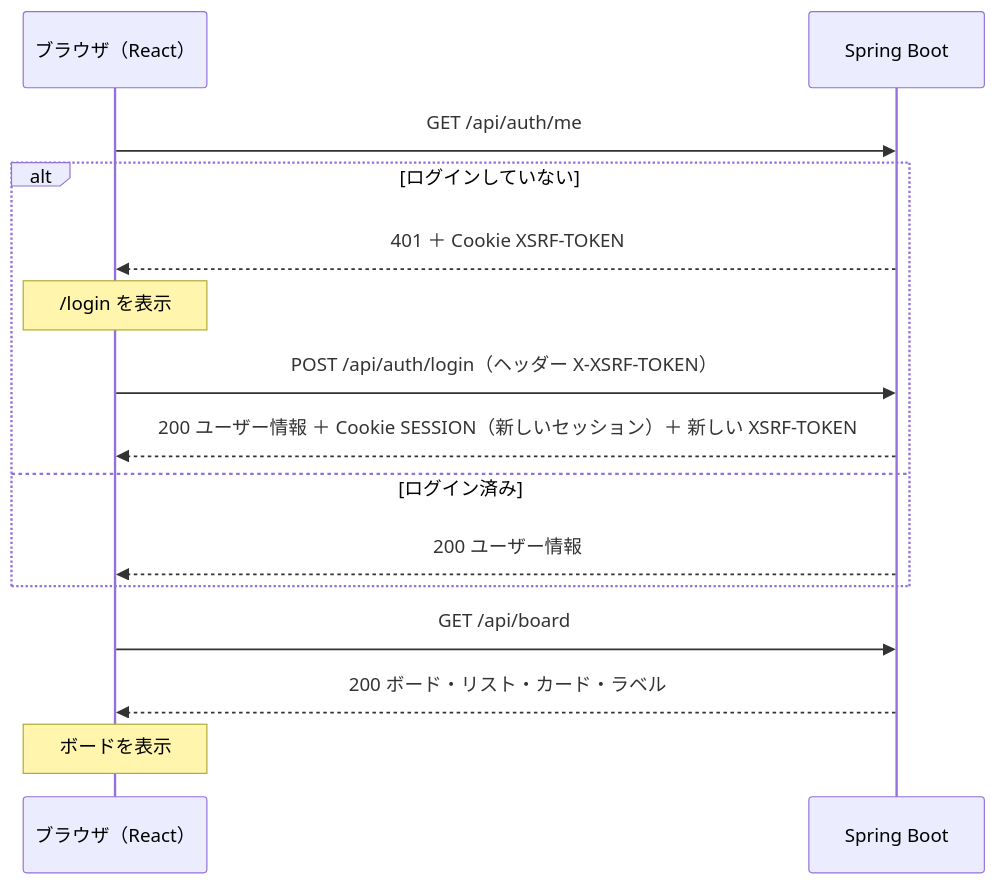
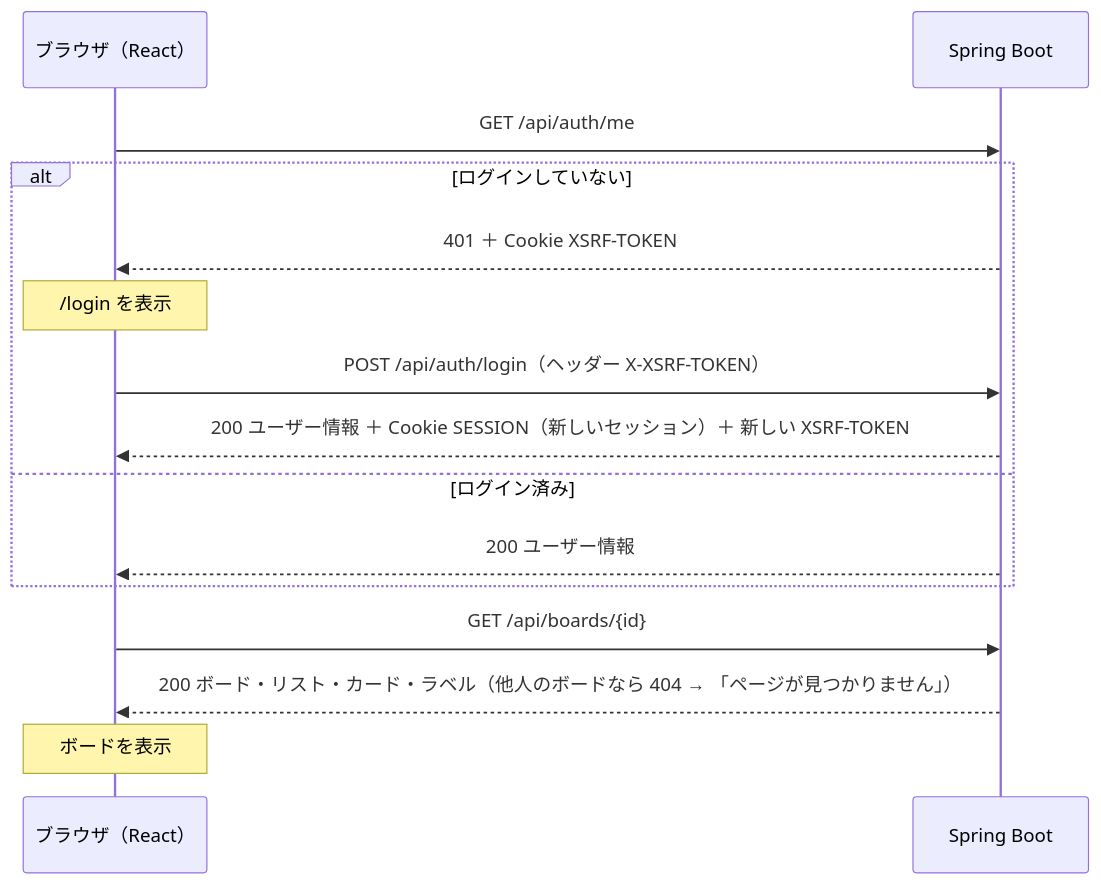
The diagram in docs/api-design.md (keiwebcreate/raise-tech-beginner-edition), drawn with Mermaid before and after one commit. The commit also changed other lines of this file and 56 other files, not shown here.

````diff
--- a/docs/api-design.md
+++ b/docs/api-design.md
@@ -465,18 +495,18 @@
 ```mermaid
 sequenceDiagram
     participant B as ブラウザ（React）
     participant S as Spring Boot
 
     B->>S: GET /api/auth/me
     alt ログインしていない
         S-->>B: 401 ＋ Cookie XSRF-TOKEN
         Note over B: /login を表示
         B->>S: POST /api/auth/login（ヘッダー X-XSRF-TOKEN）
         S-->>B: 200 ユーザー情報 ＋ Cookie SESSION（新しいセッション）＋ 新しい XSRF-TOKEN
     else ログイン済み
         S-->>B: 200 ユーザー情報
     end
-    B->>S: GET /api/board
-    S-->>B: 200 ボード・リスト・カード・ラベル
+    B->>S: GET /api/boards/{id}
+    S-->>B: 200 ボード・リスト・カード・ラベル（他人のボードなら 404 → 「ページが見つかりません」）
     Note over B: ボードを表示
 ```
````
